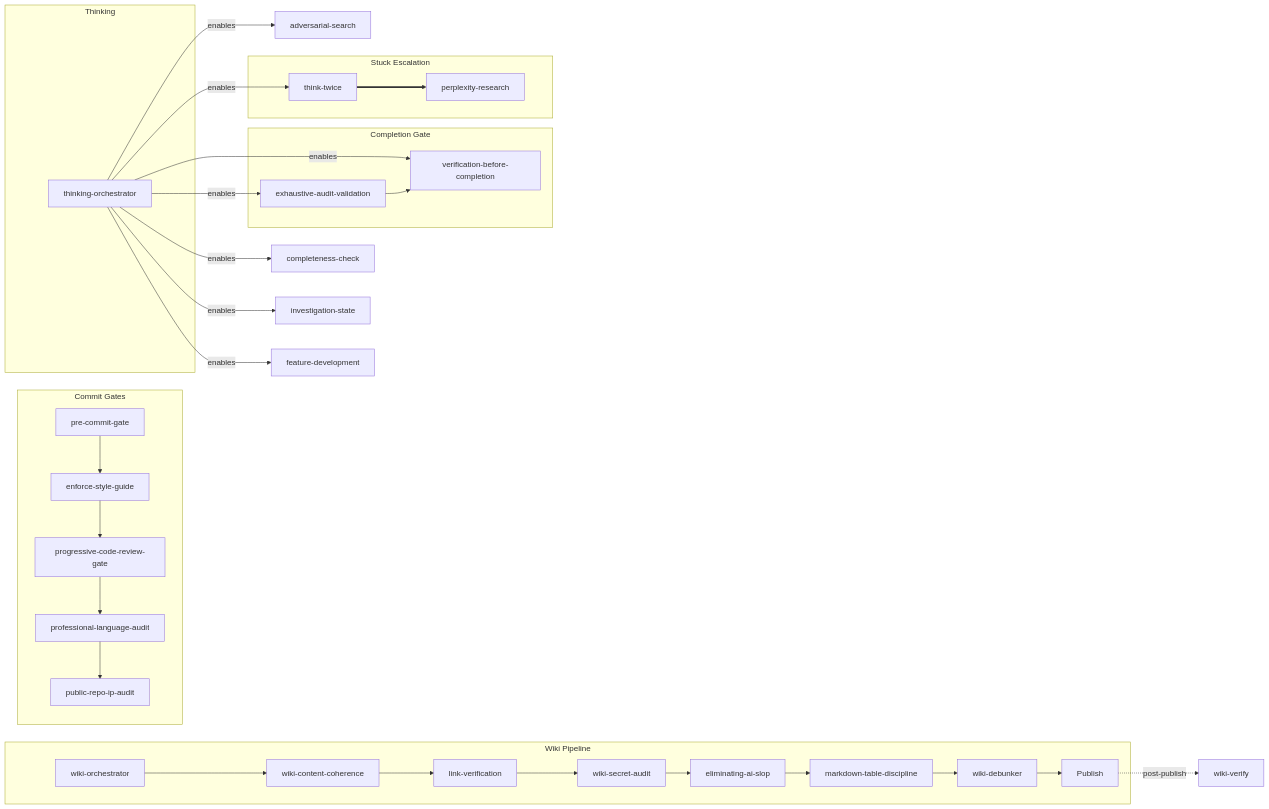
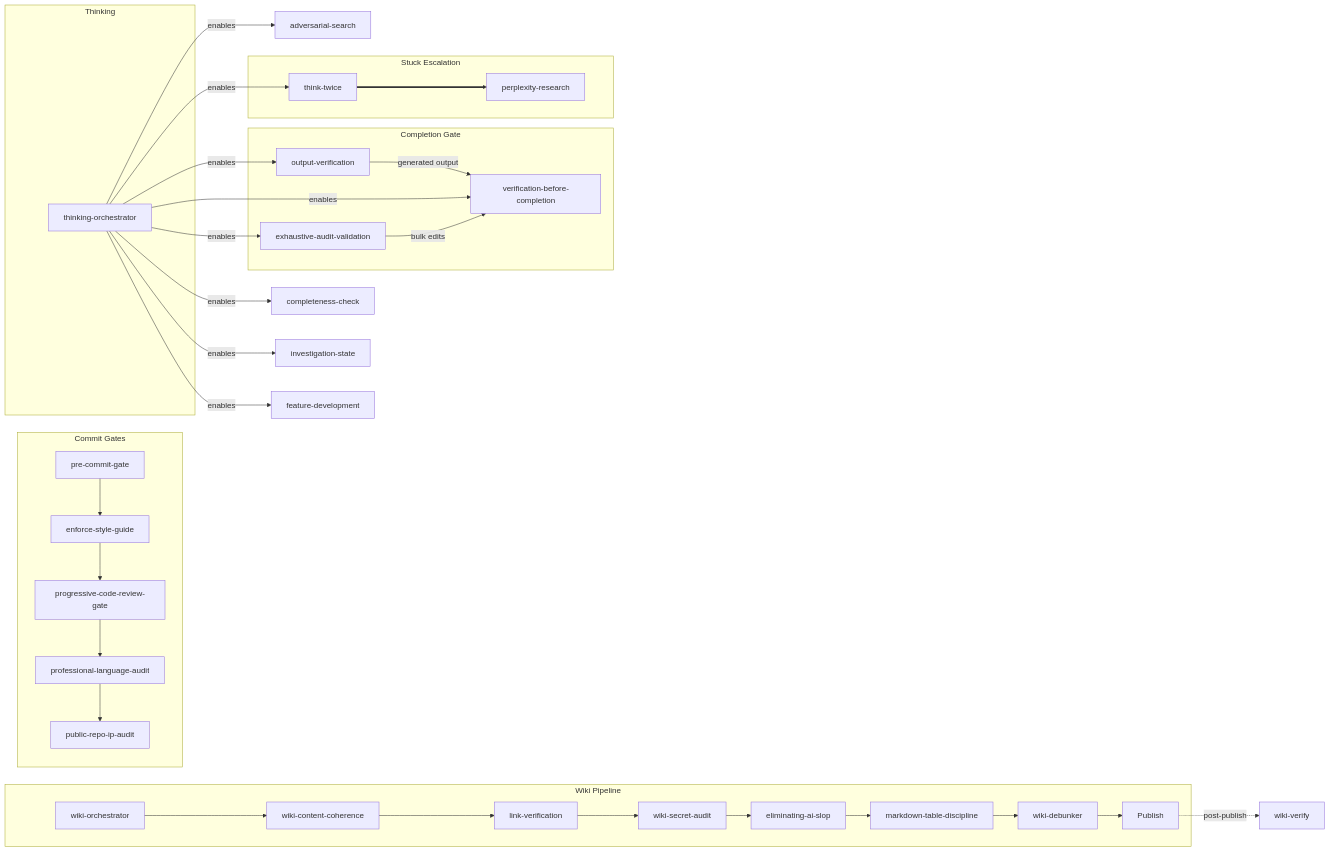
One commit to bordenet/superpowers-plus changed the diagram in README.md. Above: the diagram before and after it, drawn with Mermaid. The commit also changed other lines of this file and 6 other files, not shown here.

````diff
--- a/README.md
+++ b/README.md
@@ -205,41 +206,43 @@
 ```mermaid
 graph LR
   subgraph commit-gates["Commit Gates"]
     pre_commit_gate["pre-commit-gate"] --> enforce_style_guide["enforce-style-guide"]
     enforce_style_guide --> progressive_code_review_gate["progressive-code-review-gate"]
     progressive_code_review_gate --> professional_language_audit["professional-language-audit"]
     professional_language_audit --> public_repo_ip_audit["public-repo-ip-audit"]
   end
 
   subgraph completion-gate["Completion Gate"]
-    exhaustive_audit_validation["exhaustive-audit-validation"] --> verification_before_completion["verification-before-completion"]
+    output_verification["output-verification"] -->|generated output| verification_before_completion["verification-before-completion"]
+    exhaustive_audit_validation["exhaustive-audit-validation"] -->|bulk edits| verification_before_completion
   end
 
   subgraph thinking["Thinking"]
     thinking_orchestrator["thinking-orchestrator"]
   end
 
   subgraph wiki-pipeline["Wiki Pipeline"]
     wiki_orchestrator["wiki-orchestrator"] --> wiki_content_coherence["wiki-content-coherence"]
     wiki_content_coherence --> link_verification["link-verification"]
     link_verification --> wiki_secret_audit["wiki-secret-audit"]
     wiki_secret_audit --> eliminating_ai_slop["eliminating-ai-slop"]
     eliminating_ai_slop --> markdown_table_discipline["markdown-table-discipline"]
     markdown_table_discipline --> wiki_debunker["wiki-debunker"]
     wiki_debunker --> publish["Publish"]
   end
 
   publish -.->|post-publish| wiki_verify["wiki-verify"]
 
   subgraph stuck-escalation["Stuck Escalation"]
     think_twice["think-twice"] ==> perplexity_research["perplexity-research"]
   end
 
   thinking_orchestrator -->|enables| adversarial_search["adversarial-search"]
   thinking_orchestrator -->|enables| think_twice
+  thinking_orchestrator -->|enables| output_verification
   thinking_orchestrator -->|enables| verification_before_completion
   thinking_orchestrator -->|enables| exhaustive_audit_validation
   thinking_orchestrator -->|enables| completeness_check["completeness-check"]
   thinking_orchestrator -->|enables| investigation_state["investigation-state"]
   thinking_orchestrator -->|enables| feature_development["feature-development"]
 ```
````
